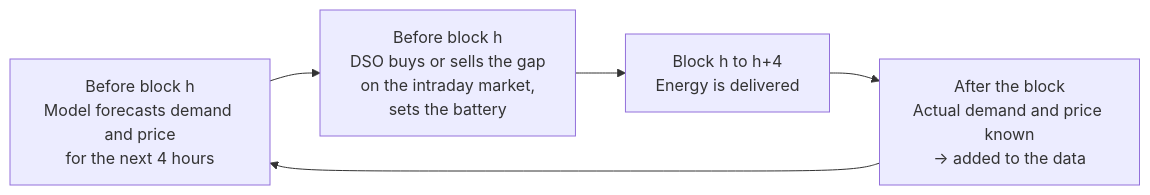
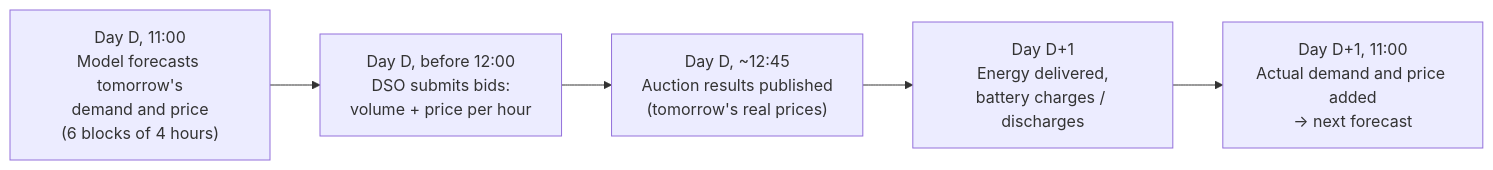
One commit to nicolasgarbea-lang/Data-analysis-and-processes changed the first of 2 diagrams in day_ahead_planning.md. Above: the diagram before and after it, drawn with Mermaid. The commit also changed other lines of this file and 1 other file, not shown here.

First line of the commit message:
Forecast once a day at 11:00 for tomorrow's day-ahead auction (v5)

````diff
--- a/day_ahead_planning.md
+++ b/day_ahead_planning.md
@@ -26,7 +26,7 @@
 ```mermaid
 flowchart LR
-    A["Before block h<br/>Model forecasts demand and price<br/>for the next 4 hours"] --> B["Before block h<br/>DSO buys or sells the gap<br/>on the intraday market,<br/>sets the battery"]
-    B --> C["Block h to h+4<br/>Energy is delivered"]
-    C --> D["After the block<br/>Actual demand and price known<br/>→ added to the data"]
-    D --> A
+    A["Day D, 11:00<br/>Model forecasts tomorrow's<br/>demand and price<br/>(6 blocks of 4 hours)"] --> B["Day D, before 12:00<br/>DSO submits bids:<br/>volume + price per hour"]
+    B --> C["Day D, ~12:45<br/>Auction results published<br/>(tomorrow's real prices)"]
+    C --> D["Day D+1<br/>Energy delivered,<br/>battery charges / discharges"]
+    D --> E["Day D+1, 11:00<br/>Actual demand and price added<br/>→ next forecast"]
 ```
````
